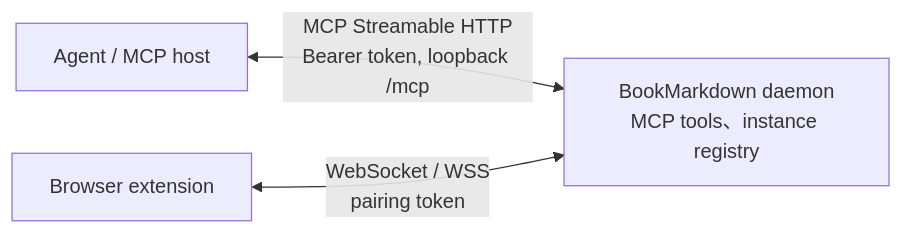
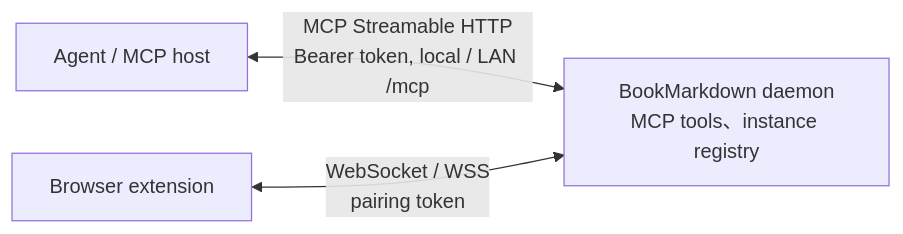
Before and after one commit to bookmarkdown/mcp-server: the diagram in docs/architecture.md, drawn with Mermaid. The commit also changed other lines of this file and 87 other files, not shown here.

First line of the commit message:
feat: local settings management and LAN support for BookMarkdown

````diff
--- a/docs/architecture.md
+++ b/docs/architecture.md
@@ -10,5 +10,5 @@
 ```mermaid
 flowchart LR
-    A["Agent / MCP host"] <-->|"MCP Streamable HTTP<br/>Bearer token, loopback /mcp"| D["BookMarkdown daemon<br/>MCP tools、instance registry"]
+    A["Agent / MCP host"] <-->|"MCP Streamable HTTP<br/>Bearer token, local / LAN /mcp"| D["BookMarkdown daemon<br/>MCP tools、instance registry"]
     C["Browser extension"] <-->|"WebSocket / WSS<br/>pairing token"| D
 ```
````
